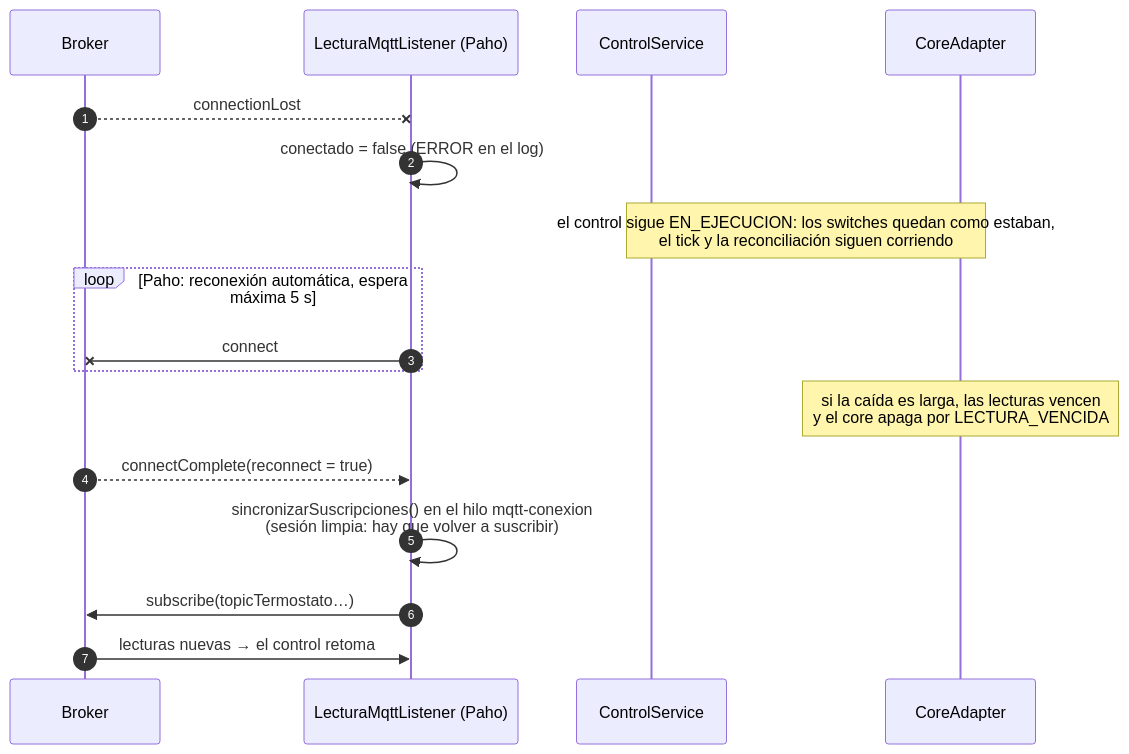
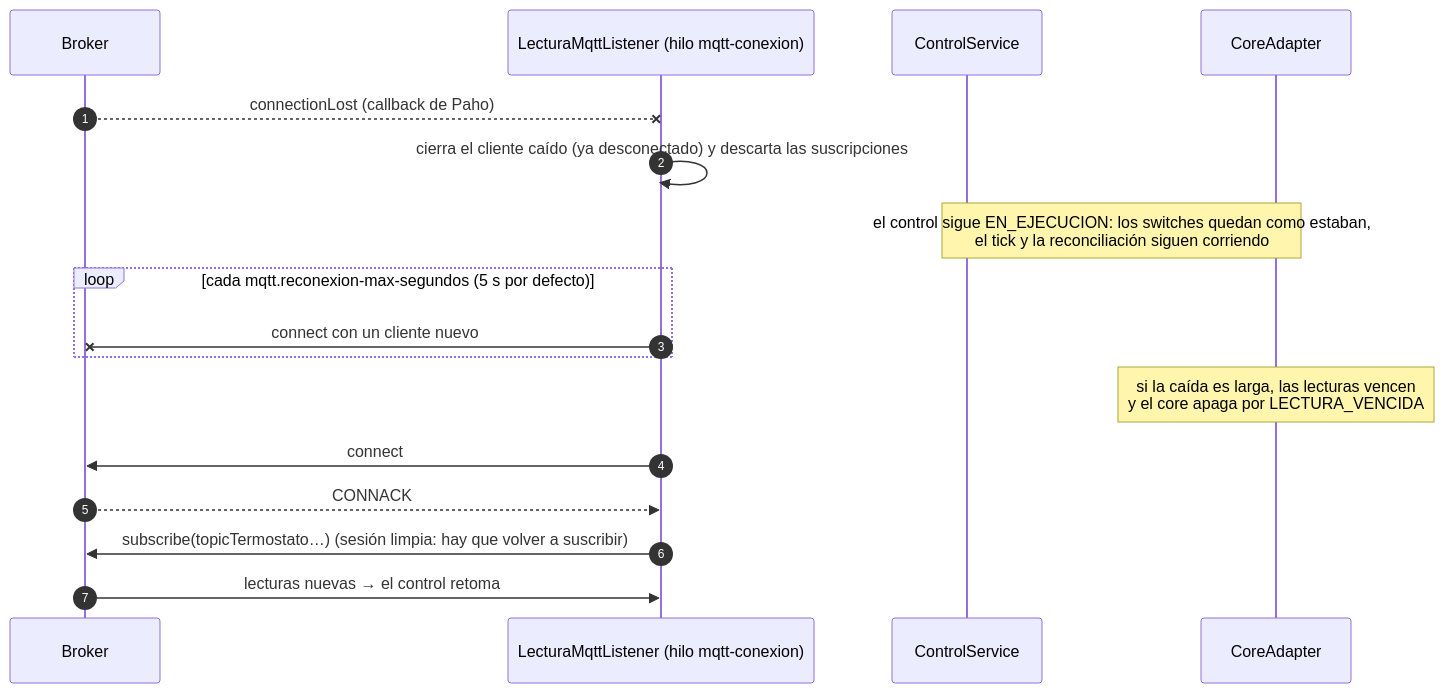
One commit to BrayanBCode/iiss-2026-grupo-4 changed the ninth of 9 diagrams in docs/arquitectura/4mas1.md. Above: the diagram before and after it, drawn with Mermaid. The commit also changed other lines of this file and 7 other files, not shown here.

Commit message:
engine: reconexión MQTT desde el hilo propio (arregla FallaBrokerMqttTest)

````diff
--- a/docs/arquitectura/4mas1.md
+++ b/docs/arquitectura/4mas1.md
@@ -508,20 +508,20 @@
 ```mermaid
 sequenceDiagram
     autonumber
     participant B as Broker
-    participant Mq as LecturaMqttListener (Paho)
+    participant Mq as LecturaMqttListener (hilo mqtt-conexion)
     participant Ctl as ControlService
     participant Ad as CoreAdapter
 
-    B--xMq: connectionLost
-    Mq->>Mq: conectado = false (ERROR en el log)
+    B--xMq: connectionLost (callback de Paho)
+    Mq->>Mq: cierra el cliente caído (ya desconectado) y descarta las suscripciones
     Note over Ctl,Ad: el control sigue EN_EJECUCION: los switches quedan como estaban,<br/>el tick y la reconciliación siguen corriendo
-    loop Paho: reconexión automática, espera máxima 5 s
-        Mq-xB: connect
+    loop cada mqtt.reconexion-max-segundos (5 s por defecto)
+        Mq-xB: connect con un cliente nuevo
     end
     Note over Ad: si la caída es larga, las lecturas vencen<br/>y el core apaga por LECTURA_VENCIDA
-    B-->>Mq: connectComplete(reconnect = true)
-    Mq->>Mq: sincronizarSuscripciones() en el hilo mqtt-conexion<br/>(sesión limpia: hay que volver a suscribir)
-    Mq->>B: subscribe(topicTermostato…)
+    Mq->>B: connect
+    B-->>Mq: CONNACK
+    Mq->>B: subscribe(topicTermostato…) (sesión limpia: hay que volver a suscribir)
     B->>Mq: lecturas nuevas → el control retoma
 ```
````
